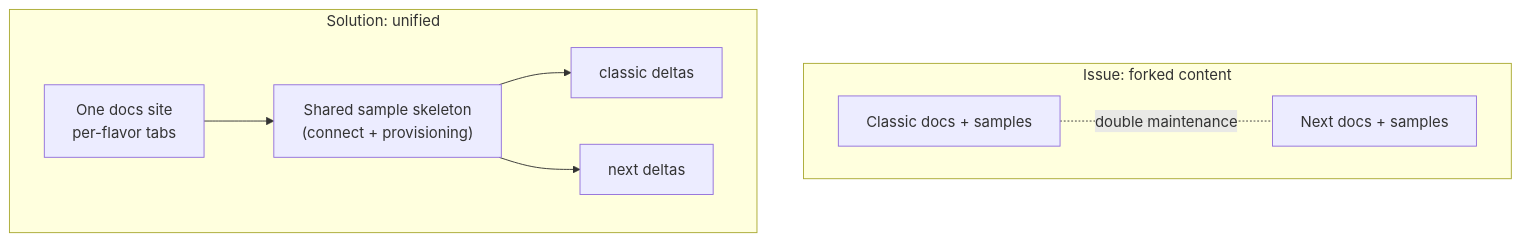
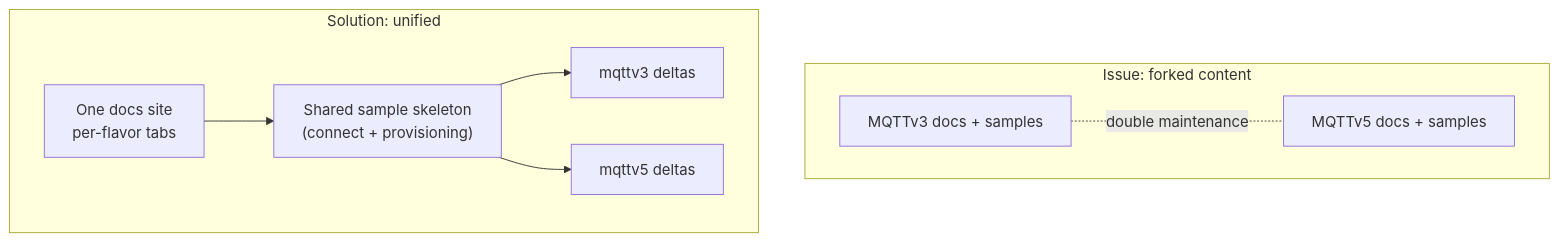
Diagram 17 of 20 in c/docs/eng/split-client.md (Azure/azure-iot-sdk), drawn with Mermaid before and after one commit. The commit also changed other lines of this file and 99 other files, not shown here.

First line of the commit message:
[C] Rename Classic/Next/AEG to MQTTv3/MQTTv5 (#274)

````diff
--- a/c/docs/eng/split-client.md
+++ b/c/docs/eng/split-client.md
@@ -570,18 +570,18 @@
 ```mermaid
 flowchart TB
     subgraph ISSUE["Issue: forked content"]
-        D1["Classic docs + samples"]
-        D2["Next docs + samples"]
+        D1["MQTTv3 docs + samples"]
+        D2["MQTTv5 docs + samples"]
         D1 -. "double maintenance" .- D2
     end
 
     subgraph FIX["Solution: unified"]
         SITE["One docs site<br/>per-flavor tabs"]
         SKEL["Shared sample skeleton<br/>(connect + provisioning)"]
-        dC["classic deltas"]
-        dN["next deltas"]
+        dC["mqttv3 deltas"]
+        dN["mqttv5 deltas"]
         SITE --> SKEL
         SKEL --> dC
         SKEL --> dN
     end
 ```
````
